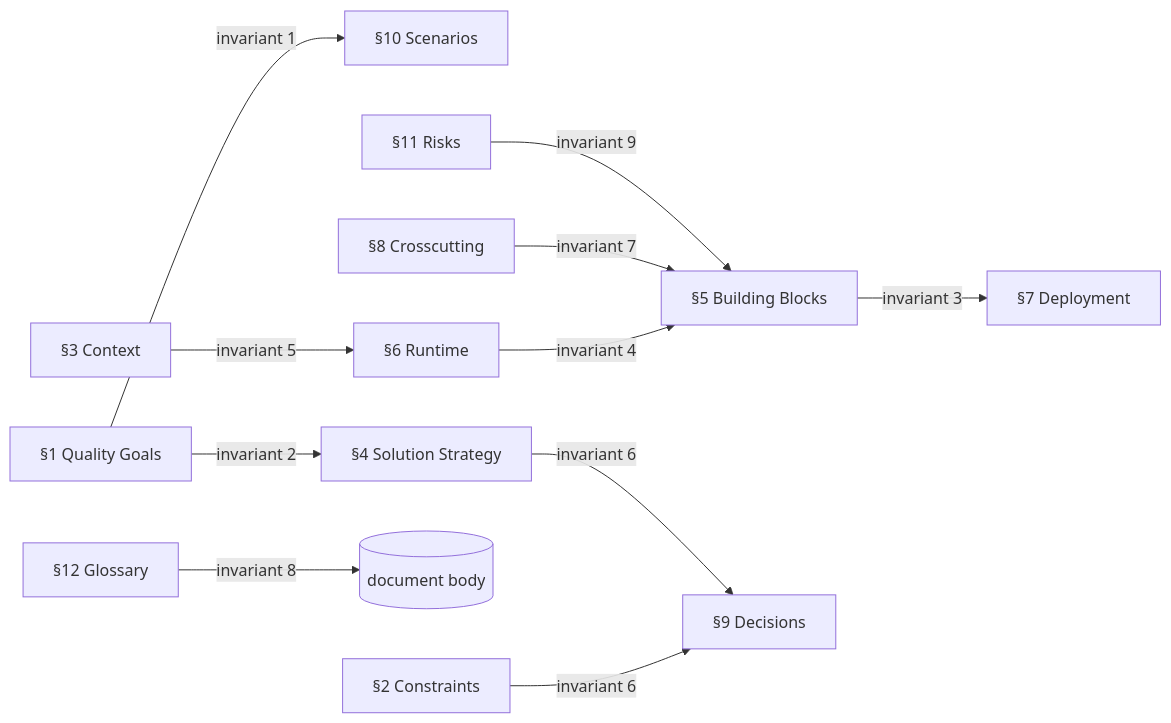
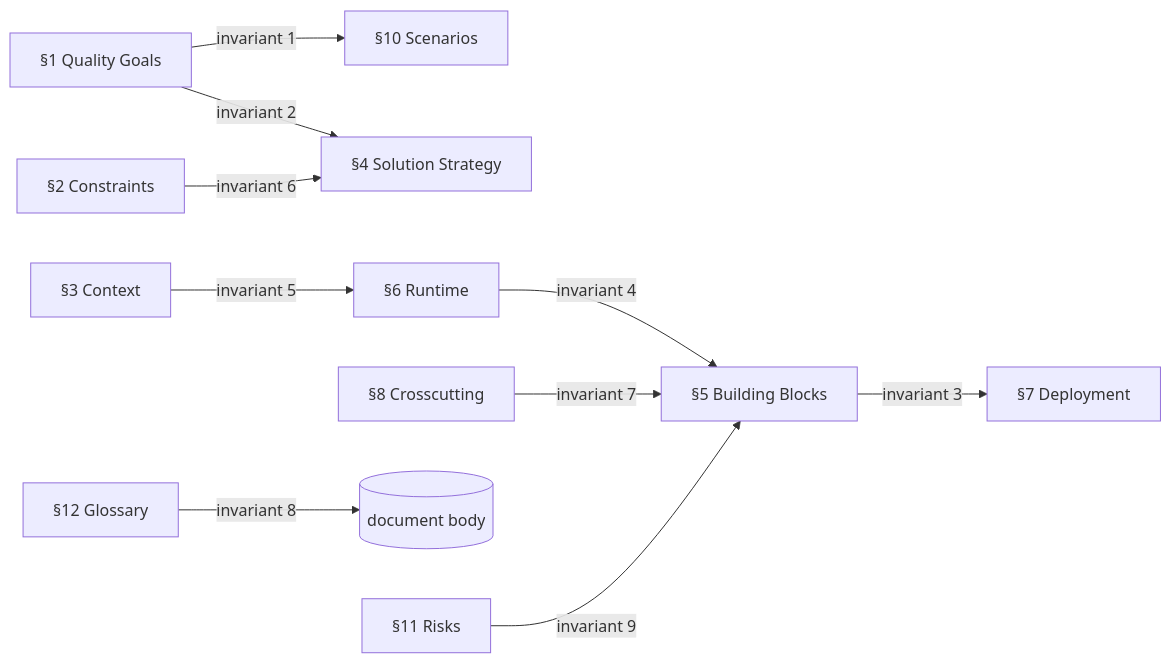
Before and after one commit to mark-satterfield/toolset: the diagram in plugins/agent-teams-workforce/skills/arc42-verify/references/verification-checklist.md, drawn with Mermaid. The commit also changed other lines of this file and 23 other files, not shown here.

````diff
--- a/plugins/agent-teams-workforce/skills/arc42-verify/references/verification-checklist.md
+++ b/plugins/agent-teams-workforce/skills/arc42-verify/references/verification-checklist.md
@@ -62,13 +65,12 @@
 ```mermaid
 flowchart LR
   G1[§1 Quality Goals] -->|invariant 1| S10[§10 Scenarios]
   G1 -->|invariant 2| S4[§4 Solution Strategy]
   S5[§5 Building Blocks] -->|invariant 3| S7[§7 Deployment]
   S6[§6 Runtime] -->|invariant 4| S5
   S3[§3 Context] -->|invariant 5| S6
-  S2[§2 Constraints] -->|invariant 6| S9[§9 Decisions]
-  S4 -->|invariant 6| S9
+  S2[§2 Constraints] -->|invariant 6| S4
   S8[§8 Crosscutting] -->|invariant 7| S5
   S12[§12 Glossary] -->|invariant 8| BODY[(document body)]
   S11[§11 Risks] -->|invariant 9| S5
 ```
````
